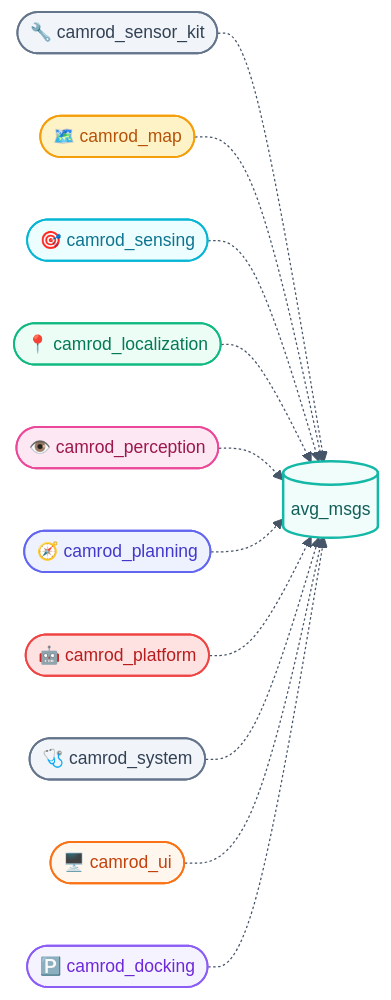
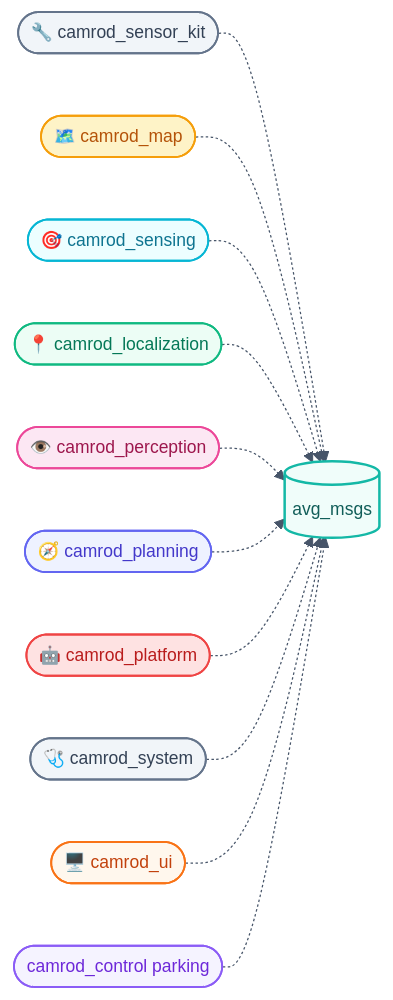
The second of 2 diagrams in camrod_common/avg_msgs/README.md (hwanhonglee/CAMROD), drawn with Mermaid before and after one commit. The commit also changed other lines of this file and 84 other files, not shown here.

````diff
--- a/camrod_common/avg_msgs/README.md
+++ b/camrod_common/avg_msgs/README.md
@@ -88,27 +88,27 @@
 ```mermaid
 %%{init: {'theme': 'base', 'themeVariables': {'fontFamily': 'ui-sans-serif, system-ui, sans-serif', 'fontSize': '14px', 'primaryColor': '#F0FDFA', 'primaryTextColor': '#0F172A', 'primaryBorderColor': '#14B8A6', 'lineColor': '#475569'}, 'flowchart': {'curve': 'basis', 'htmlLabels': true, 'padding': 12}}}%%
 graph LR
   SKIT([🔧 camrod_sensor_kit]):::system       -.-> AVG
   MAP([🗺️ camrod_map]):::mapping              -.-> AVG
   SENS([🎯 camrod_sensing]):::sensing         -.-> AVG
   LOC([📍 camrod_localization]):::localization -.-> AVG
   PER([👁️ camrod_perception]):::perception   -.-> AVG
   PLAN([🧭 camrod_planning]):::planning       -.-> AVG
   PLAT([🤖 camrod_platform]):::platform       -.-> AVG
   SYS([🩺 camrod_system]):::system            -.-> AVG
   UI([🖥️ camrod_ui]):::ui                    -.-> AVG
-  PARK([🅿️ camrod_docking]):::docking        -.-> AVG
+  PARK([camrod_control parking]):::parking        -.-> AVG
 
   AVG[(avg_msgs)]:::iface
 
   classDef iface        fill:#F0FDFA,stroke:#14B8A6,stroke-width:2px,color:#115E59;
   classDef sensing      fill:#ECFEFF,stroke:#06B6D4,stroke-width:1.5px,color:#0E7490;
   classDef localization fill:#ECFDF5,stroke:#10B981,stroke-width:1.5px,color:#047857;
   classDef mapping      fill:#FEF3C7,stroke:#F59E0B,stroke-width:1.5px,color:#B45309;
   classDef perception   fill:#FCE7F3,stroke:#EC4899,stroke-width:1.5px,color:#9D174D;
   classDef planning     fill:#EEF2FF,stroke:#6366F1,stroke-width:1.5px,color:#4338CA;
   classDef platform     fill:#FEE2E2,stroke:#EF4444,stroke-width:1.5px,color:#B91C1C;
-  classDef docking      fill:#F5F3FF,stroke:#8B5CF6,stroke-width:1.5px,color:#6D28D9;
+  classDef parking      fill:#F5F3FF,stroke:#8B5CF6,stroke-width:1.5px,color:#6D28D9;
   classDef system       fill:#F1F5F9,stroke:#64748B,stroke-width:1.5px,color:#334155;
   classDef ui           fill:#FFF7ED,stroke:#F97316,stroke-width:1.5px,color:#C2410C;
 ```
````
